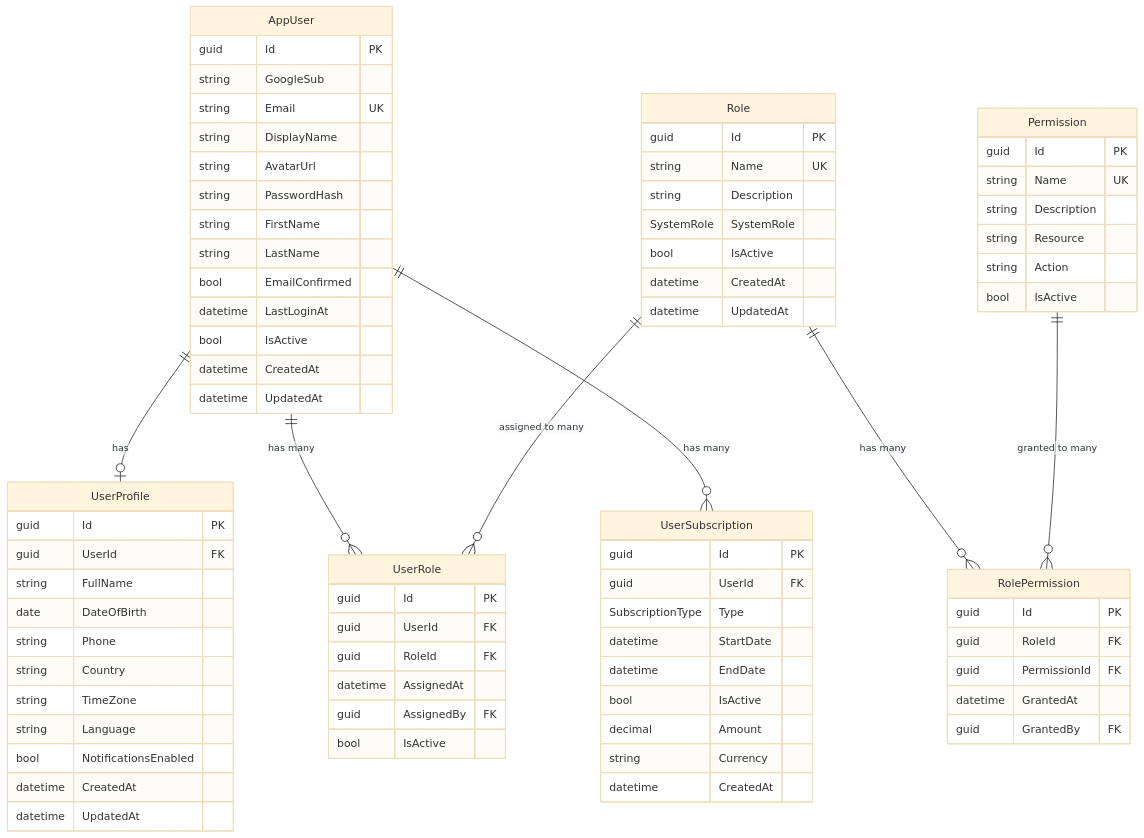
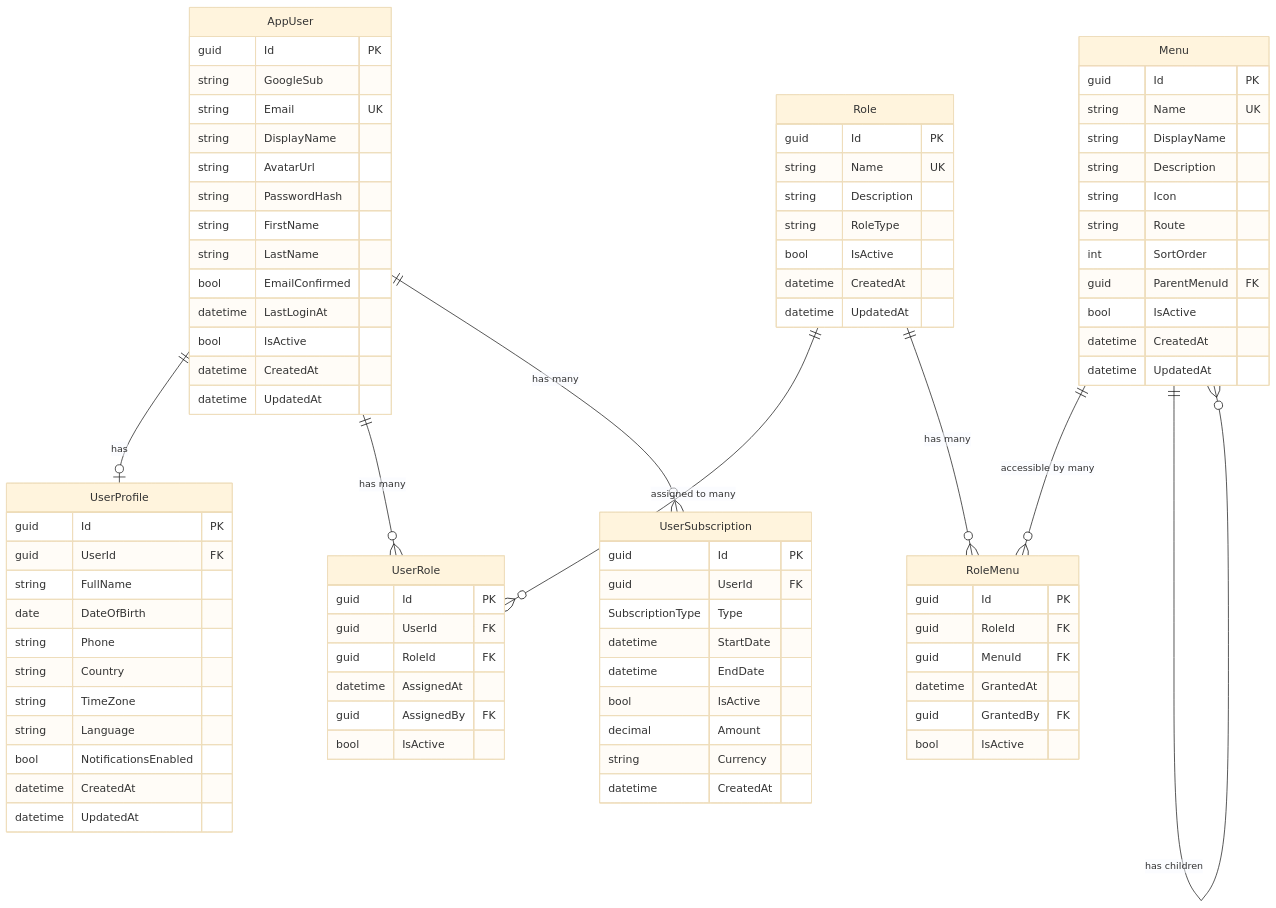
The fourth of 28 diagrams in docs/PROJECT_DOCUMENTATION.md (mdabdullahfaruque/StudyBridgeBD), drawn with Mermaid (base theme) before and after one commit. The commit also changed other lines of this file and 40 other files, not shown here.

````diff
--- a/docs/PROJECT_DOCUMENTATION.md
+++ b/docs/PROJECT_DOCUMENTATION.md
@@ -188,7 +188,7 @@
         guid Id PK
         string Name UK
         string Description
-        SystemRole SystemRole
+        string RoleType
         bool IsActive
         datetime CreatedAt
         datetime UpdatedAt
@@ -203,21 +203,27 @@
         bool IsActive
     }
     
-    Permission {
+    Menu {
         guid Id PK
         string Name UK
+        string DisplayName
         string Description
-        string Resource
-        string Action
+        string Icon
+        string Route
+        int SortOrder
+        guid ParentMenuId FK
         bool IsActive
+        datetime CreatedAt
+        datetime UpdatedAt
     }
     
-    RolePermission {
+    RoleMenu {
         guid Id PK
         guid RoleId FK
-        guid PermissionId FK
+        guid MenuId FK
         datetime GrantedAt
         guid GrantedBy FK
+        bool IsActive
     }
     
     UserSubscription {
@@ -235,7 +241,8 @@
     AppUser ||--o| UserProfile : "has"
     AppUser ||--o{ UserRole : "has many"
     Role ||--o{ UserRole : "assigned to many"
-    Role ||--o{ RolePermission : "has many"
-    Permission ||--o{ RolePermission : "granted to many"
+    Role ||--o{ RoleMenu : "has many"
+    Menu ||--o{ RoleMenu : "accessible by many"
+    Menu ||--o{ Menu : "has children"
     AppUser ||--o{ UserSubscription : "has many"
 ```
````
